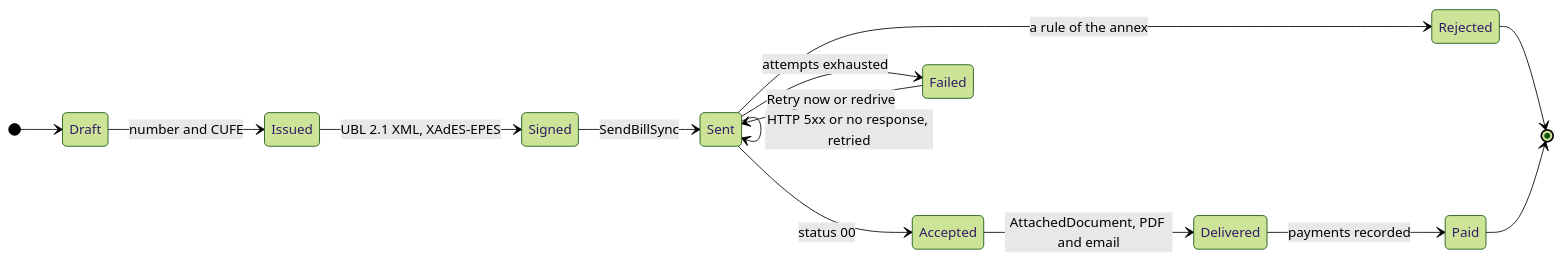
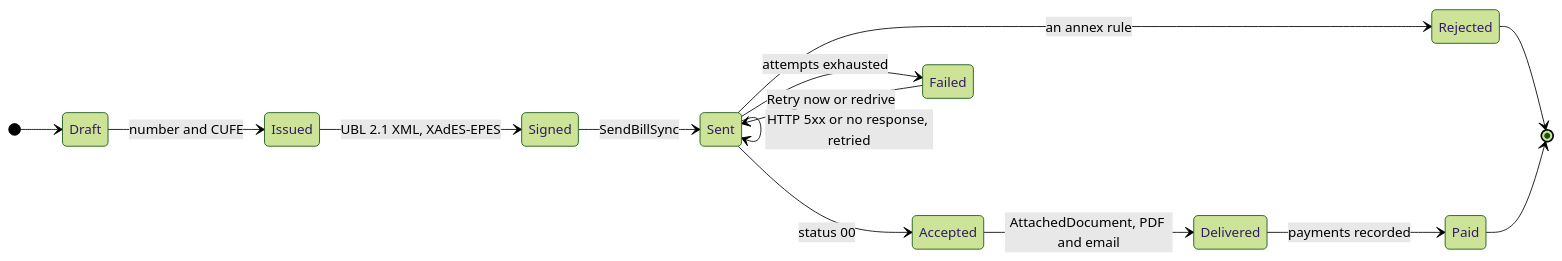
The second of 3 diagrams in README.md (iamcesarcuellar/dian-einvoice), drawn with Mermaid (forest theme) before and after one commit. The commit also changed other lines of this file and 163 other files, not shown here.

````diff
--- a/README.md
+++ b/README.md
@@ -178,17 +178,17 @@
 ```mermaid
 stateDiagram-v2
   direction LR
   [*] --> Draft
   Draft --> Issued: number and CUFE
   Issued --> Signed: UBL 2.1 XML, XAdES-EPES
   Signed --> Sent: SendBillSync
   Sent --> Sent: HTTP 5xx or no response, retried
   Sent --> Accepted: status 00
-  Sent --> Rejected: a rule of the annex
+  Sent --> Rejected: an annex rule
   Sent --> Failed: attempts exhausted
   Failed --> Sent: Retry now or redrive
   Accepted --> Delivered: AttachedDocument, PDF and email
   Delivered --> Paid: payments recorded
   Rejected --> [*]
   Paid --> [*]
 ```
````
